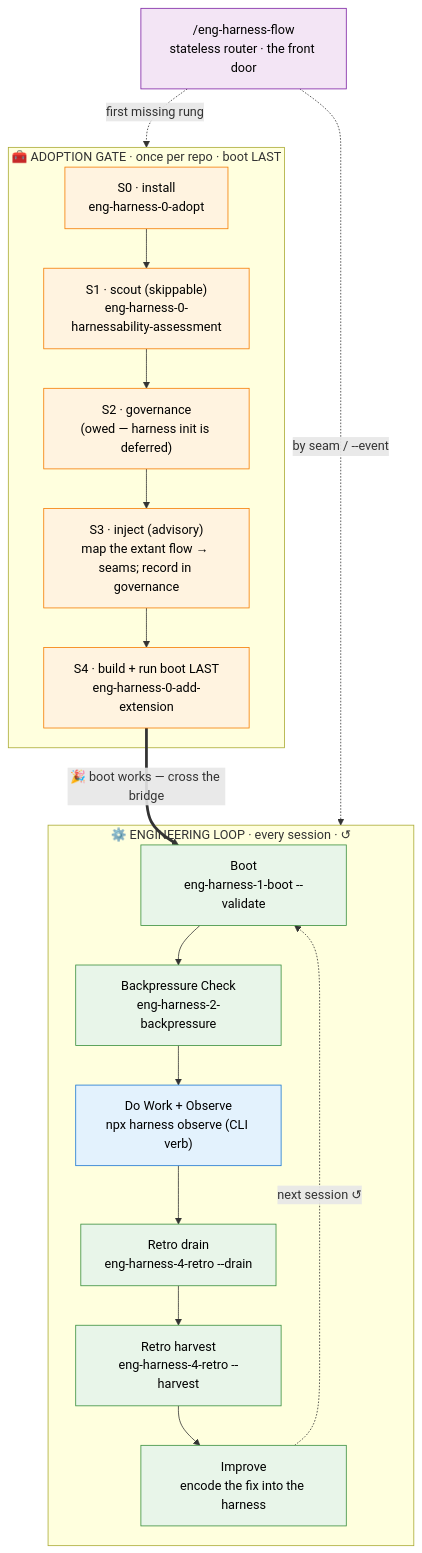
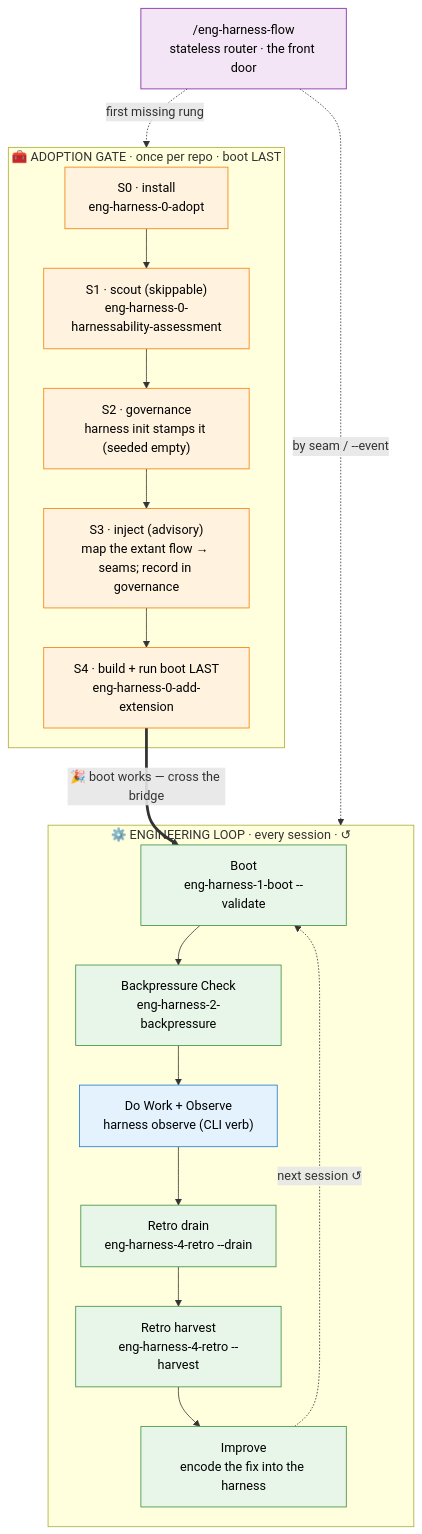
One commit to AI-Substrate/harness-engineering changed the first of 3 diagrams in skills/eng-harness-loop/eng-harness-flow/references/getting-started.md. Above: the diagram before and after it, drawn with Mermaid. The commit also changed other lines of this file and 108 other files, not shown here.

````diff
--- a/skills/eng-harness-loop/eng-harness-flow/references/getting-started.md
+++ b/skills/eng-harness-loop/eng-harness-flow/references/getting-started.md
@@ -18,33 +18,33 @@
 ```mermaid
 flowchart TB
     classDef setup fill:#fff3e0,stroke:#f57c00,color:#000
     classDef loop fill:#e8f5e9,stroke:#388e3c,color:#000
     classDef router fill:#f3e5f5,stroke:#7b1fa2,color:#000
     classDef verb fill:#e3f2fd,stroke:#1976d2,color:#000
 
     R["/eng-harness-flow<br/>stateless router · the front door"]:::router
 
     subgraph setupzone["🧰 ADOPTION GATE · once per repo · boot LAST"]
         S0["S0 · install<br/>eng-harness-0-adopt"]:::setup
         S1["S1 · scout (skippable)<br/>eng-harness-0-harnessability-assessment"]:::setup
-        S2["S2 · governance<br/>(owed — harness init is deferred)"]:::setup
+        S2["S2 · governance<br/>harness init stamps it (seeded empty)"]:::setup
         S3["S3 · inject (advisory)<br/>map the extant flow → seams; record in governance"]:::setup
         S4["S4 · build + run boot LAST<br/>eng-harness-0-add-extension"]:::setup
     end
 
     subgraph loopzone["⚙️ ENGINEERING LOOP · every session · ↺"]
         B["Boot<br/>eng-harness-1-boot --validate"]:::loop
         BP["Backpressure Check<br/>eng-harness-2-backpressure"]:::loop
-        O["Do Work + Observe<br/>npx harness observe (CLI verb)"]:::verb
+        O["Do Work + Observe<br/>harness observe (CLI verb)"]:::verb
         RD["Retro drain<br/>eng-harness-4-retro --drain"]:::loop
         RH["Retro harvest<br/>eng-harness-4-retro --harvest"]:::loop
         I["Improve<br/>encode the fix into the harness"]:::loop
     end
 
     R -.->|first missing rung| setupzone
     R -.->|by seam / --event| loopzone
     S0 --> S1 --> S2 --> S3 --> S4
     S4 ==>|"🎉 boot works — cross the bridge"| B
     B --> BP --> O --> RD --> RH --> I
     I -.->|next session ↺| B
 ```
````
